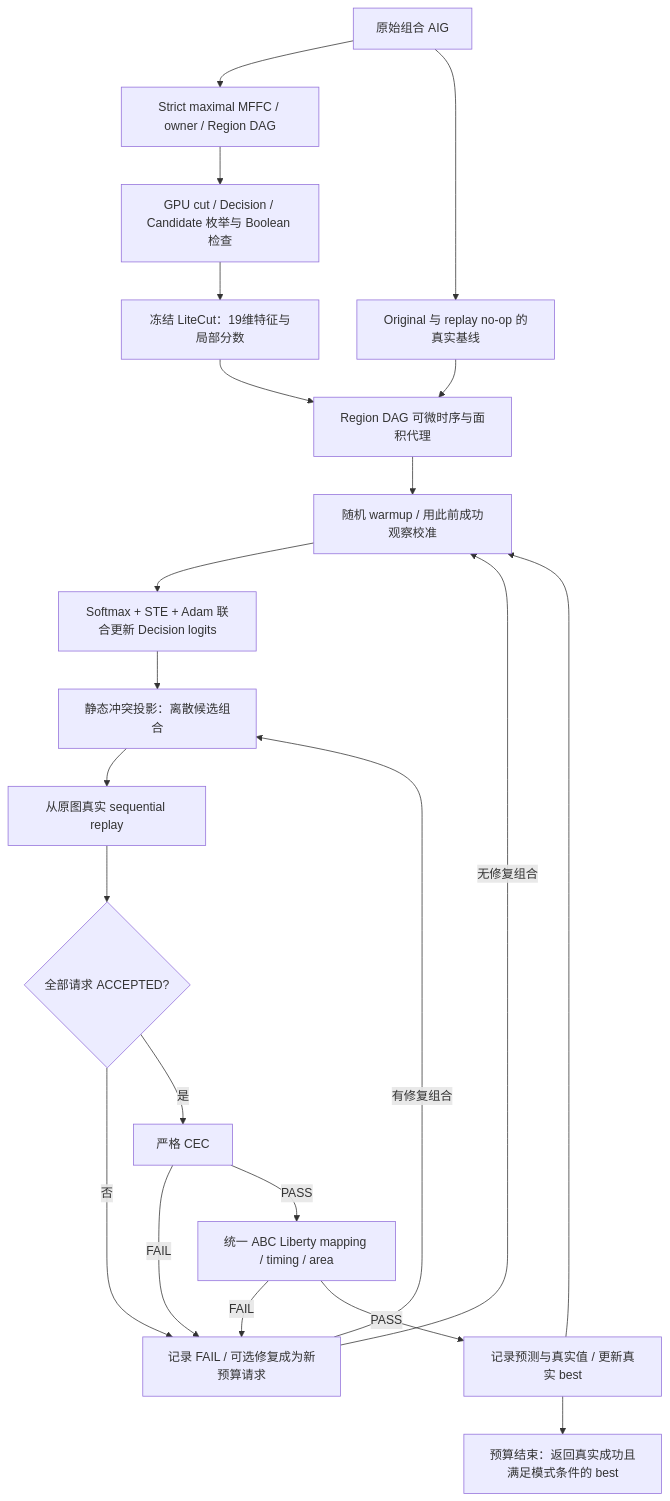
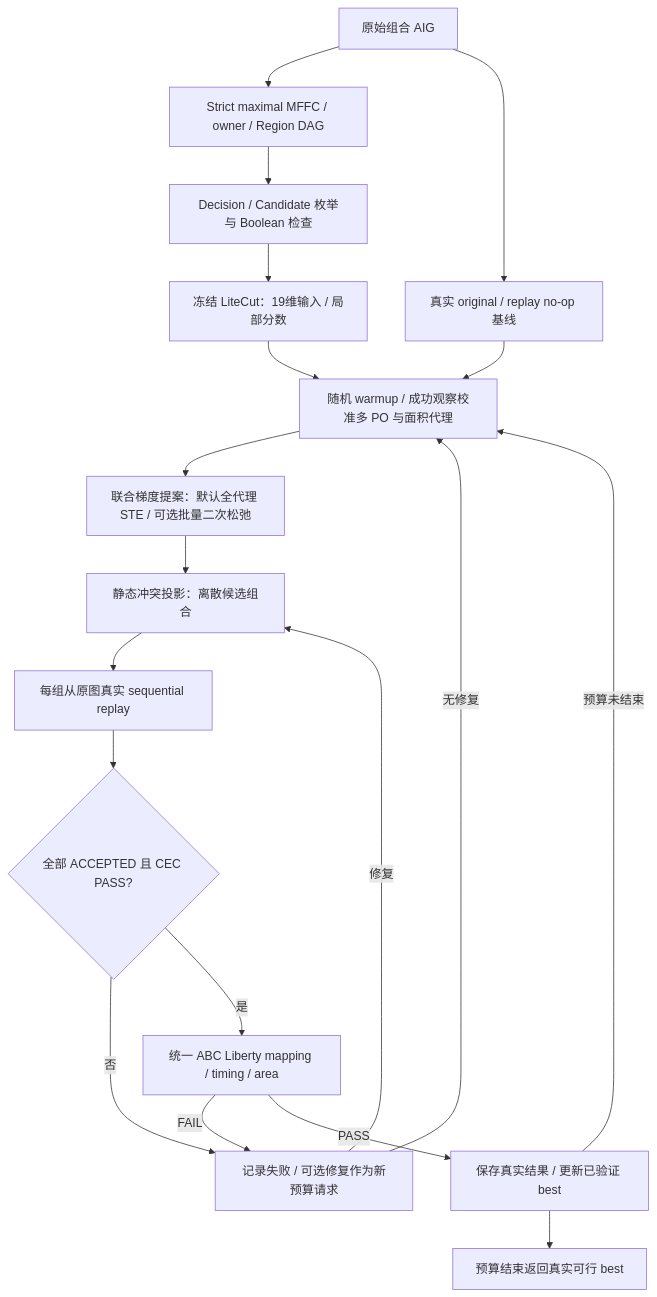
The diagram in GRADIENT_OPTIMIZATION_STATUS.md (Appleeyelala/CULS_LiteCut), drawn with Mermaid before and after one commit. The commit also changed other lines of this file, not shown here.

````diff
--- a/GRADIENT_OPTIMIZATION_STATUS.md
+++ b/GRADIENT_OPTIMIZATION_STATUS.md
@@ -38,24 +43,21 @@
 ```mermaid
 flowchart TD
     A[原始组合 AIG] --> B[Strict maximal MFFC / owner / Region DAG]
-    B --> C[GPU cut / Decision / Candidate 枚举与 Boolean 检查]
-    C --> D[冻结 LiteCut：19维特征与局部分数]
-    A --> E[Original 与 replay no-op 的真实基线]
-    D --> F[Region DAG 可微时序与面积代理]
+    B --> C[Decision / Candidate 枚举与 Boolean 检查]
+    C --> D[冻结 LiteCut：19维输入 / 局部分数]
+    A --> E[真实 original / replay no-op 基线]
+    D --> F[随机 warmup / 成功观察校准多 PO 与面积代理]
     E --> F
-    F --> G[随机 warmup / 用此前成功观察校准]
-    G --> H[Softmax + STE + Adam 联合更新 Decision logits]
-    H --> I[静态冲突投影：离散候选组合]
-    I --> J[从原图真实 sequential replay]
-    J --> K{全部请求 ACCEPTED?}
-    K -- 否 --> L[记录 FAIL / 可选修复成为新预算请求]
-    L -- 有修复组合 --> I
-    L -- 无修复组合 --> G
-    K -- 是 --> M[严格 CEC]
-    M -- FAIL --> L
-    M -- PASS --> N[统一 ABC Liberty mapping / timing / area]
-    N -- FAIL --> L
-    N -- PASS --> O[记录预测与真实值 / 更新真实 best]
-    O --> G
-    O --> P[预算结束：返回真实成功且满足模式条件的 best]
+    F --> G[联合梯度提案：默认全代理 STE / 可选批量二次松弛]
+    G --> H[静态冲突投影：离散候选组合]
+    H --> I[每组从原图真实 sequential replay]
+    I --> J{全部 ACCEPTED 且 CEC PASS?}
+    J -- 否 --> M[记录失败 / 可选修复作为新预算请求]
+    M -- 修复 --> H
+    M -- 无修复 --> F
+    J -- 是 --> K[统一 ABC Liberty mapping / timing / area]
+    K -- FAIL --> M
+    K -- PASS --> L[保存真实结果 / 更新已验证 best]
+    L -- 预算未结束 --> F
+    L --> N[预算结束返回真实可行 best]
 ```
````
